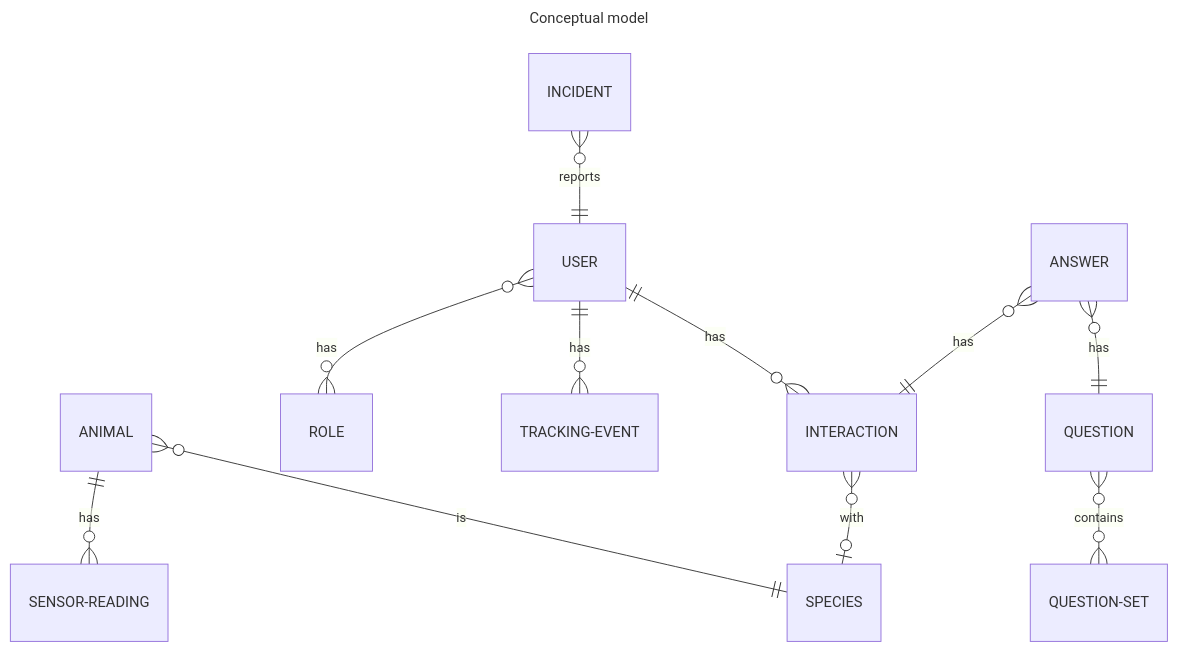
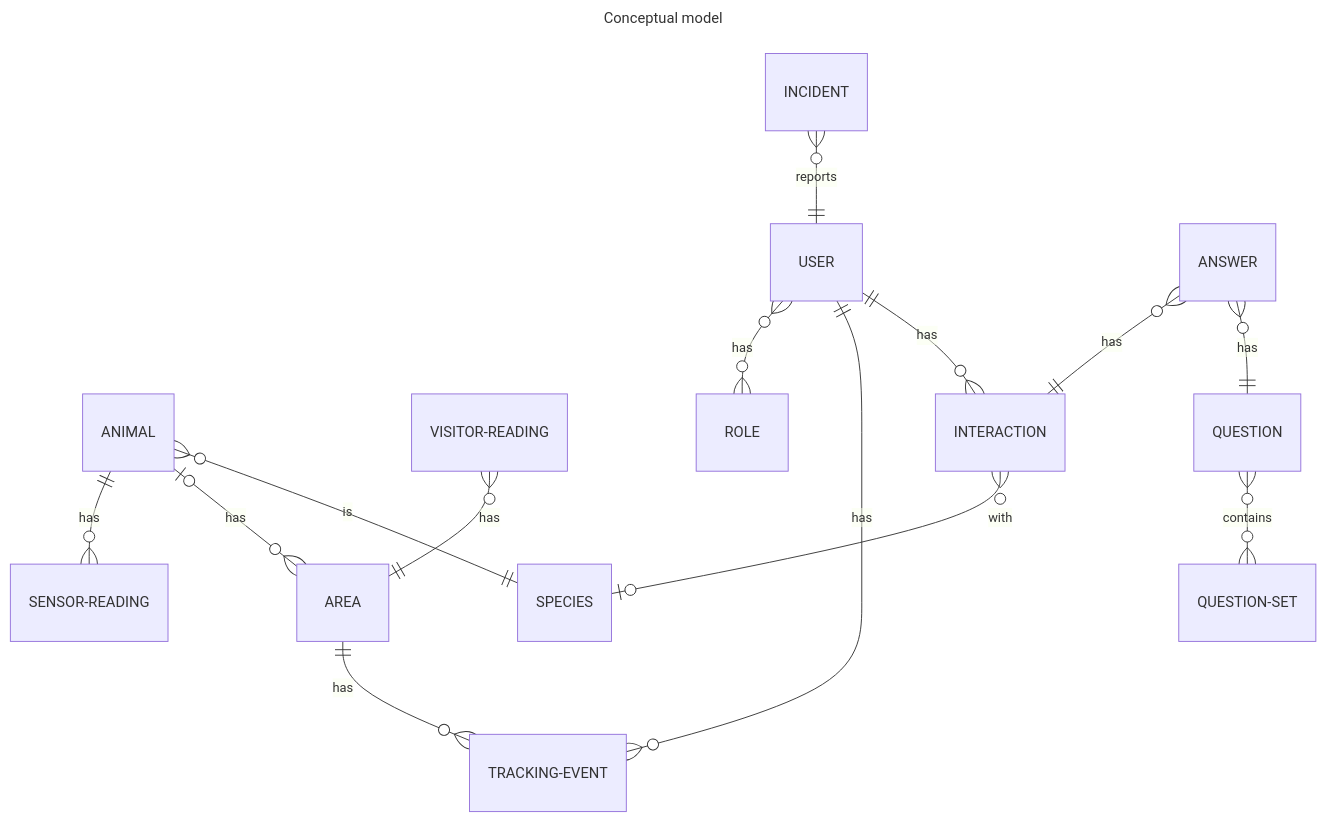
One commit to UtrechtUniversity/wildlifenl changed the diagram in README.md. Above: the diagram before and after it, drawn with Mermaid. The commit also changed other lines of this file, not shown here.

````diff
--- a/README.md
+++ b/README.md
@@ -29,17 +34,19 @@
 ```mermaid
 ---
 title: Conceptual model
 ---
 erDiagram
+    AREA ||--o{ TRACKING-EVENT : has 
     ANIMAL ||--o{ SENSOR-READING : has
-    USER }o--o{ ROLE : has
-    USER ||--o{ TRACKING-EVENT : has
-    USER ||--o{ INTERACTION : has
+    ANIMAL |o--o{ AREA : has
+    ANIMAL }o--|| SPECIES : is
+    VISITOR-READING }o--|| AREA : has
     INTERACTION }o--o| SPECIES : with
     INCIDENT }o--|| USER : reports
     ANSWER }o--|| INTERACTION : has
+    USER }o--o{ ROLE : has
     ANSWER }o--|| QUESTION : has
-    QUESTION }o--o{ QUESTION-SET : contains
-    ANIMAL }o--|| SPECIES : is
-
+    QUESTION }o--o{ QUESTION-SET : contains 
+    USER ||--o{ TRACKING-EVENT : has
+    USER ||--o{ INTERACTION : has
 ```
````
